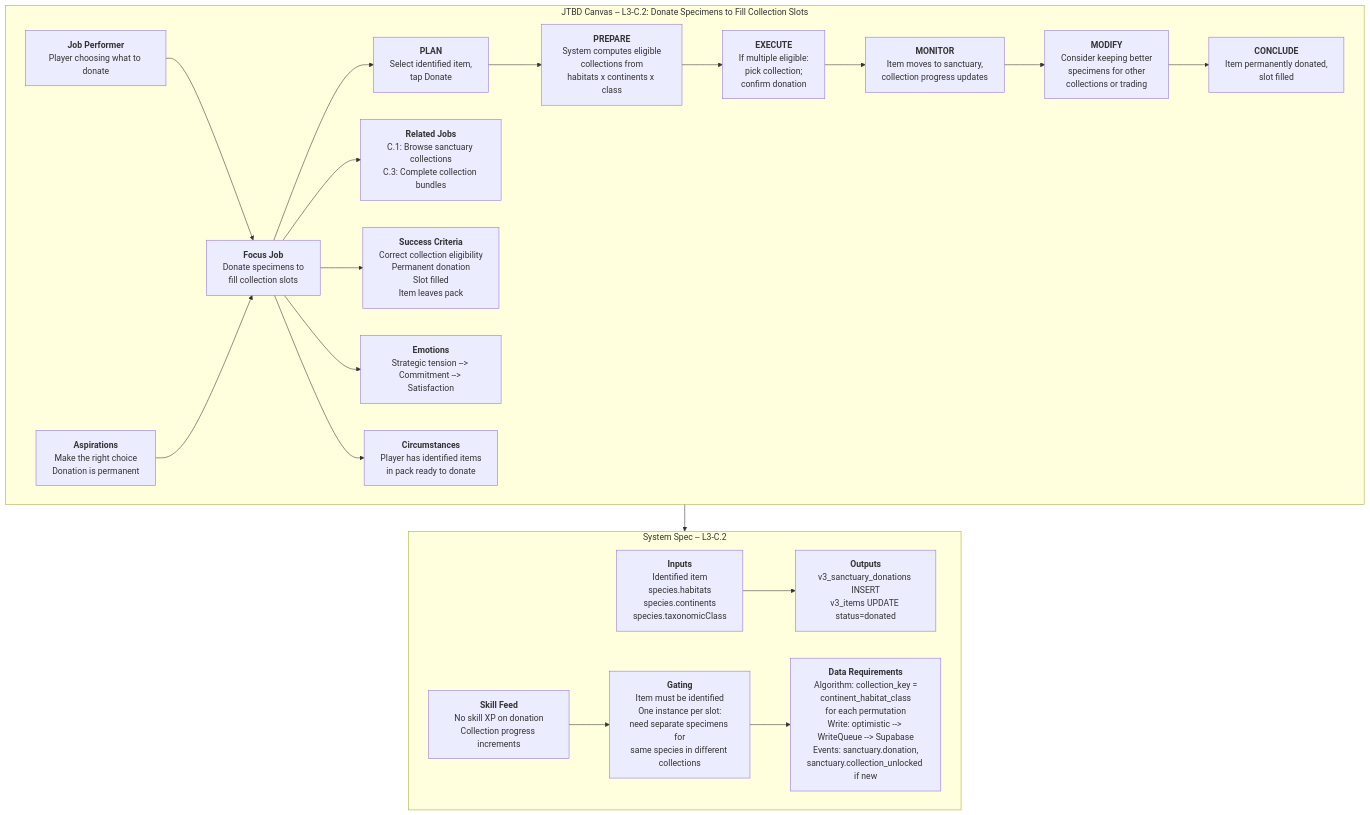
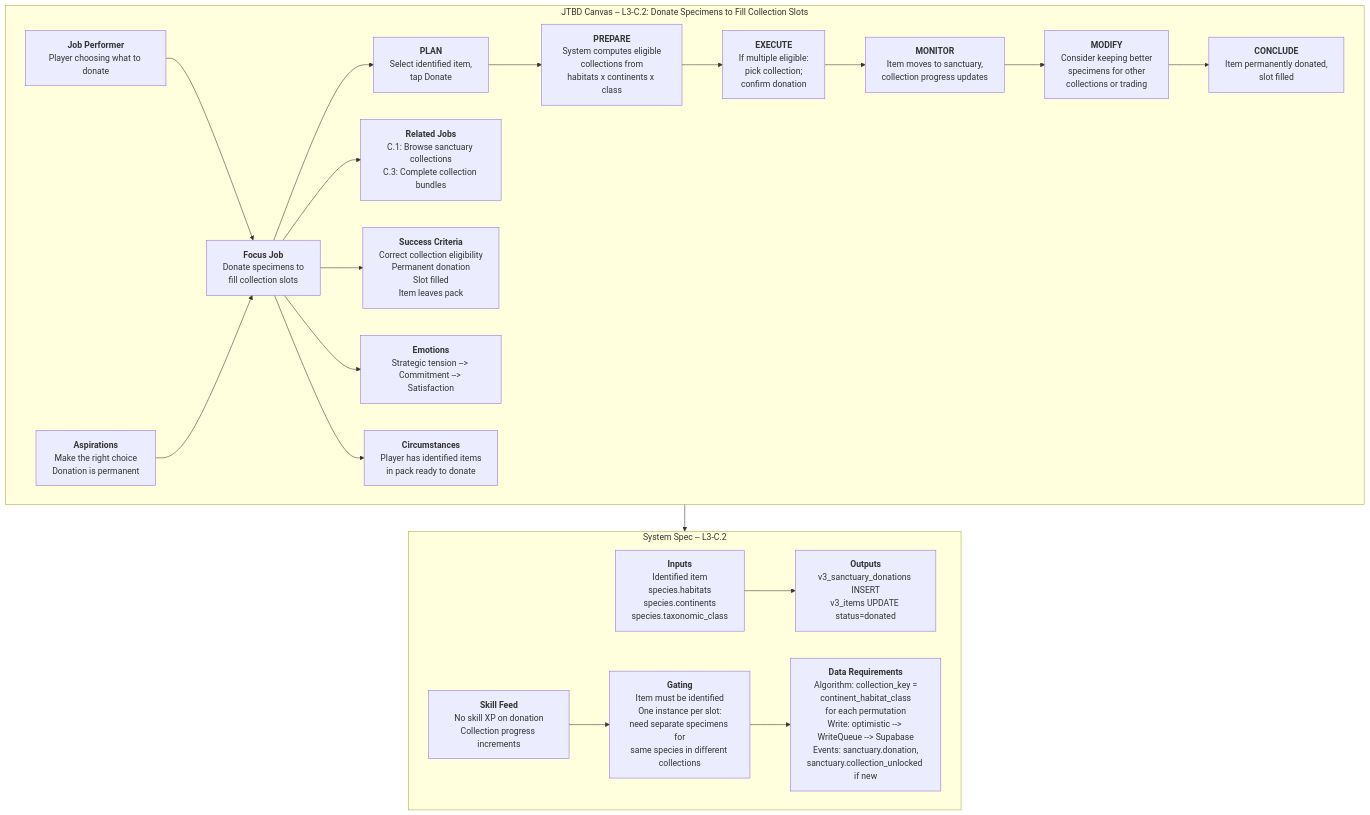
One commit to JMLegere/geo-app changed the diagram in docs/diagrams/problem/c2-donate-specimens.mmd. Above: the diagram before and after it, drawn with Mermaid. The commit also changed 27 other files, not shown here.

```diff
--- a/docs/diagrams/problem/c2-donate-specimens.mmd
+++ b/docs/diagrams/problem/c2-donate-specimens.mmd
@@ -1,39 +1,39 @@
 flowchart TD
     subgraph JTBD["JTBD Canvas -- L3-C.2: Donate Specimens to Fill Collection Slots"]
         JP["<b>Job Performer</b><br/>Player choosing what to donate"]
         ASP["<b>Aspirations</b><br/>Make the right choice<br/>Donation is permanent"]
         FJ["<b>Focus Job</b><br/>Donate specimens to<br/>fill collection slots"]
         RJ["<b>Related Jobs</b><br/>C.1: Browse sanctuary collections<br/>C.3: Complete collection bundles"]
         PLAN["<b>PLAN</b><br/>Select identified item,<br/>tap Donate"]
         PREPARE["<b>PREPARE</b><br/>System computes eligible<br/>collections from<br/>habitats x continents x class"]
         EXECUTE["<b>EXECUTE</b><br/>If multiple eligible:<br/>pick collection;<br/>confirm donation"]
         MONITOR["<b>MONITOR</b><br/>Item moves to sanctuary,<br/>collection progress updates"]
         MODIFY["<b>MODIFY</b><br/>Consider keeping better<br/>specimens for other<br/>collections or trading"]
         CONCLUDE["<b>CONCLUDE</b><br/>Item permanently donated,<br/>slot filled"]
         SC["<b>Success Criteria</b><br/>Correct collection eligibility<br/>Permanent donation<br/>Slot filled<br/>Item leaves pack"]
         EM["<b>Emotions</b><br/>Strategic tension --> Commitment --> Satisfaction"]
         CIRC["<b>Circumstances</b><br/>Player has identified items<br/>in pack ready to donate"]
 
         JP --> FJ
         ASP --> FJ
         FJ --> PLAN
         PLAN --> PREPARE --> EXECUTE --> MONITOR --> MODIFY --> CONCLUDE
         FJ --> RJ
         FJ --> SC
         FJ --> EM
         FJ --> CIRC
     end
 
     subgraph SystemSpec["System Spec -- L3-C.2"]
-        IN["<b>Inputs</b><br/>Identified item<br/>species.habitats<br/>species.continents<br/>species.taxonomicClass"]
+        IN["<b>Inputs</b><br/>Identified item<br/>species.habitats<br/>species.continents<br/>species.taxonomic_class"]
         OUT["<b>Outputs</b><br/>v3_sanctuary_donations INSERT<br/>v3_items UPDATE status=donated"]
         SF["<b>Skill Feed</b><br/>No skill XP on donation<br/>Collection progress increments"]
         GT["<b>Gating</b><br/>Item must be identified<br/>One instance per slot:<br/>need separate specimens for<br/>same species in different collections"]
         DR["<b>Data Requirements</b><br/>Algorithm: collection_key =<br/>continent_habitat_class<br/>for each permutation<br/>Write: optimistic --> WriteQueue --> Supabase<br/>Events: sanctuary.donation,<br/>sanctuary.collection_unlocked if new"]
 
         IN --> OUT
         SF --> GT
         GT --> DR
     end
 
     JTBD --> SystemSpec
```
